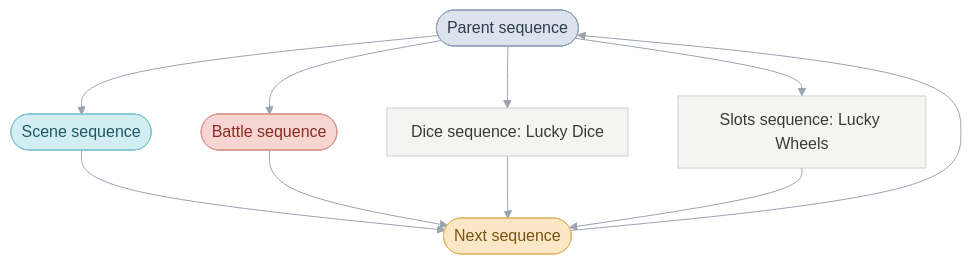
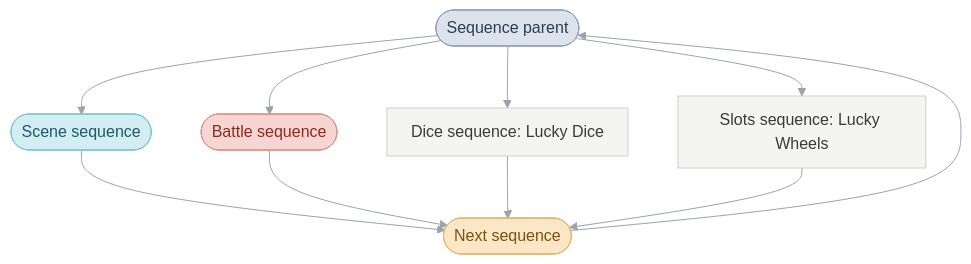
The third of 9 diagrams in games/tbs/README.md (PascalPixel/alchemy), drawn with Mermaid before and after one commit. The commit also changed other lines of this file and 36 other files, not shown here.

First line of the commit message:
SequenceParent_Run: the sequence parent, as 平山尚 writes Sequence::Parent

````diff
--- a/games/tbs/README.md
+++ b/games/tbs/README.md
@@ -112,18 +112,18 @@
 ```mermaid
 %%{init: {"theme": "base", "themeVariables": {"lineColor": "#9AA3AE", "edgeLabelBackground": "#FFFFFF"}, "flowchart": {"curve": "basis", "padding": 12}}}%%
 flowchart TD
-  loop(["Parent sequence"]) --> scene(["Scene sequence"]) & battle(["Battle sequence"]) & dice["Dice sequence: Lucky Dice"] & wheels["Slots sequence: Lucky Wheels"]
+  loop(["Sequence parent"]) --> scene(["Scene sequence"]) & battle(["Battle sequence"]) & dice["Dice sequence: Lucky Dice"] & wheels["Slots sequence: Lucky Wheels"]
   scene & battle & dice & wheels --> back(["Next sequence"])
   back --> loop
-  classDef parentSequence fill:#DDE3EC,stroke:#8FA0B8,color:#2E3C50
+  classDef sequenceParent fill:#DDE3EC,stroke:#8FA0B8,color:#2E3C50
   classDef sceneSequence fill:#D2EEF3,stroke:#7FC3D0,color:#1E5966
   classDef battle fill:#F6D5D2,stroke:#D9928B,color:#8A2A22
   classDef sceneLoop fill:#D3EBD9,stroke:#8DC49E,color:#25603A
   classDef request fill:#FBE7C6,stroke:#E0B46A,color:#7A5212
   classDef step fill:#F4F4F2,stroke:#CFCFCB,color:#3A3A38
-  class loop parentSequence
+  class loop sequenceParent
   class scene sceneSequence
   class back request
   class battle battle
   class dice,wheels step
 ```
````
